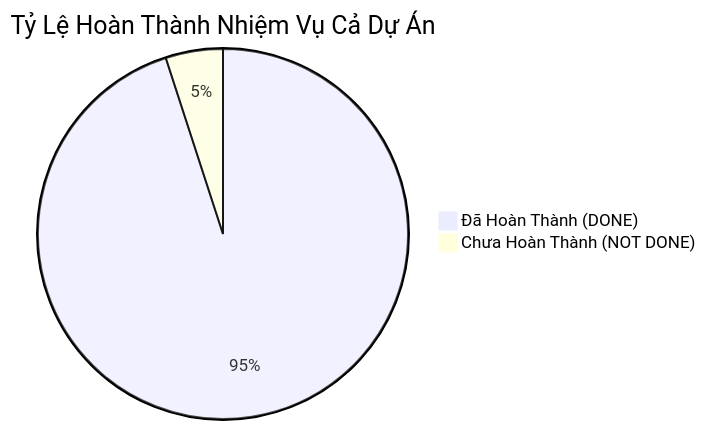
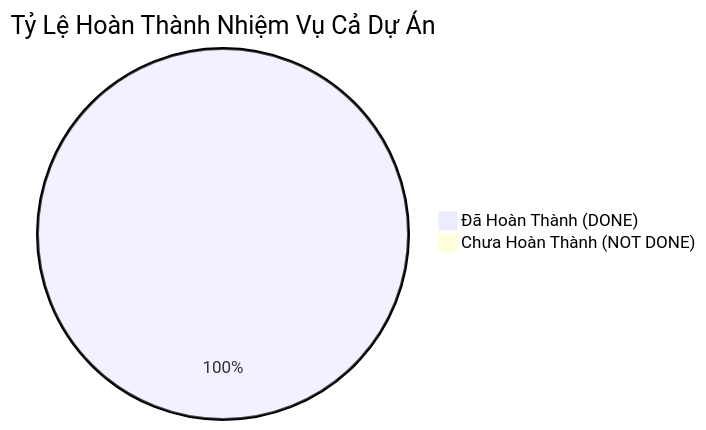
Before and after one commit to phattvh/DataStructure_ATM-Project: the first of 2 diagrams in docs/TIEN_DO_CONG_VIEC.md, drawn with Mermaid. The commit also changed other lines of this file and 3 other files, not shown here.

````diff
--- a/docs/TIEN_DO_CONG_VIEC.md
+++ b/docs/TIEN_DO_CONG_VIEC.md
@@ -10,5 +11,5 @@
 ```mermaid
 pie title Tỷ Lệ Hoàn Thành Nhiệm Vụ Cả Dự Án
-    "Đã Hoàn Thành (DONE)" : 38
-    "Chưa Hoàn Thành (NOT DONE)" : 2
+    "Đã Hoàn Thành (DONE)" : 40
+    "Chưa Hoàn Thành (NOT DONE)" : 0
 ```
````
